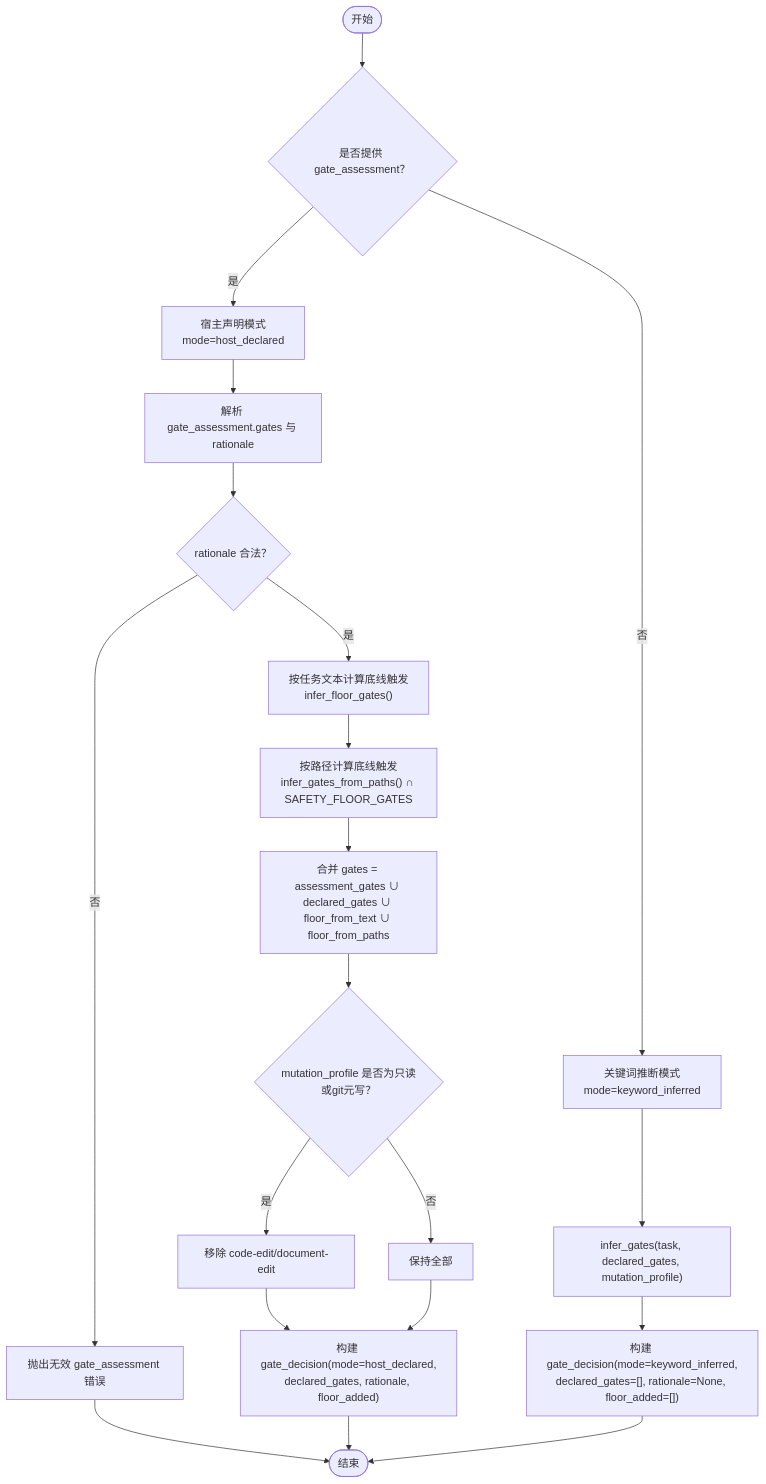
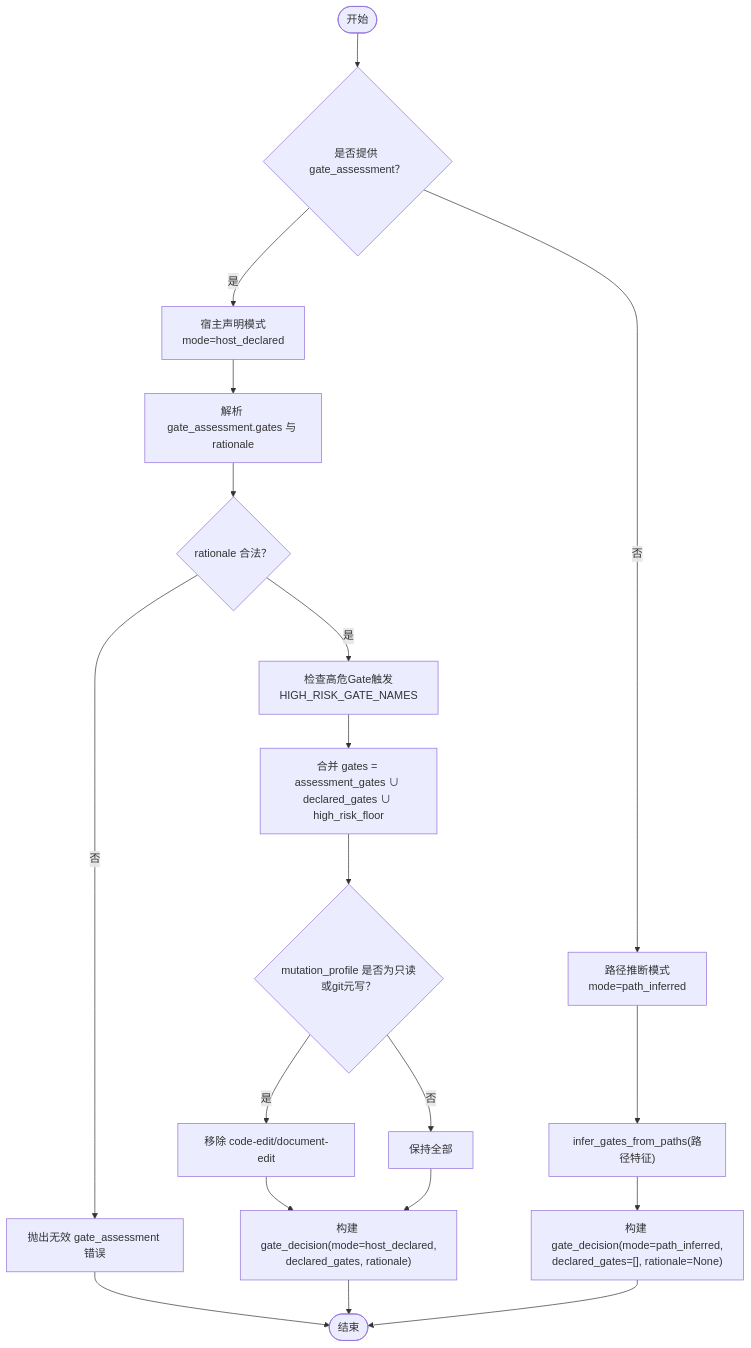
The second of 4 diagrams in .qoder/repowiki/zh/content/核心概念/风险门控系统/Gate决策模式.md (HackSing/docs-harness), drawn with Mermaid before and after one commit. The commit also changed other lines of this file and 26 other files, not shown here.

````diff
--- a/.qoder/repowiki/zh/content/核心概念/风险门控系统/Gate决策模式.md
+++ b/.qoder/repowiki/zh/content/核心概念/风险门控系统/Gate决策模式.md
@@ -73,22 +80,21 @@
 ```mermaid
 flowchart TD
 Start(["开始"]) --> CheckAssessment{"是否提供 gate_assessment？"}
 CheckAssessment --> |是| HostMode["宿主声明模式<br/>mode=host_declared"]
-CheckAssessment --> |否| KeywordMode["关键词推断模式<br/>mode=keyword_inferred"]
+CheckAssessment --> |否| PathMode["路径推断模式<br/>mode=path_inferred"]
 HostMode --> ParseAssessment["解析 gate_assessment.gates 与 rationale"]
 ParseAssessment --> ValidateRationale{"rationale 合法？"}
 ValidateRationale --> |否| ErrorA["抛出无效 gate_assessment 错误"]
-ValidateRationale --> |是| ComputeFloorText["按任务文本计算底线触发<br/>infer_floor_gates()"]
-ComputeFloorText --> ComputeFloorPaths["按路径计算底线触发<br/>infer_gates_from_paths() ∩ SAFETY_FLOOR_GATES"]
-ComputeFloorPaths --> MergeHost["合并 gates = assessment_gates ∪ declared_gates ∪ floor_from_text ∪ floor_from_paths"]
+ValidateRationale --> |是| ComputeHighRisk["检查高危Gate触发<br/>HIGH_RISK_GATE_NAMES"]
+ComputeHighRisk --> MergeHost["合并 gates = assessment_gates ∪ declared_gates ∪ high_risk_floor"]
 MergeHost --> FilterReadOnly{"mutation_profile 是否为只读或git元写？"}
 FilterReadOnly --> |是| RemoveEdit["移除 code-edit/document-edit"]
 FilterReadOnly --> |否| KeepAll["保持全部"]
-RemoveEdit --> BuildDecisionA["构建 gate_decision(mode=host_declared,<br/>declared_gates, rationale, floor_added)"]
+RemoveEdit --> BuildDecisionA["构建 gate_decision(mode=host_declared,<br/>declared_gates, rationale)"]
 KeepAll --> BuildDecisionA
-KeywordMode --> InferKeywords["infer_gates(task, declared_gates, mutation_profile)"]
-InferKeywords --> BuildDecisionB["构建 gate_decision(mode=keyword_inferred,<br/>declared_gates=[], rationale=None, floor_added=[])"]
+PathMode --> InferPaths["infer_gates_from_paths(路径特征)"]
+InferPaths --> BuildDecisionB["构建 gate_decision(mode=path_inferred,<br/>declared_gates=[], rationale=None)"]
 BuildDecisionA --> End(["结束"])
 BuildDecisionB --> End
 ErrorA --> End
 ```
````
